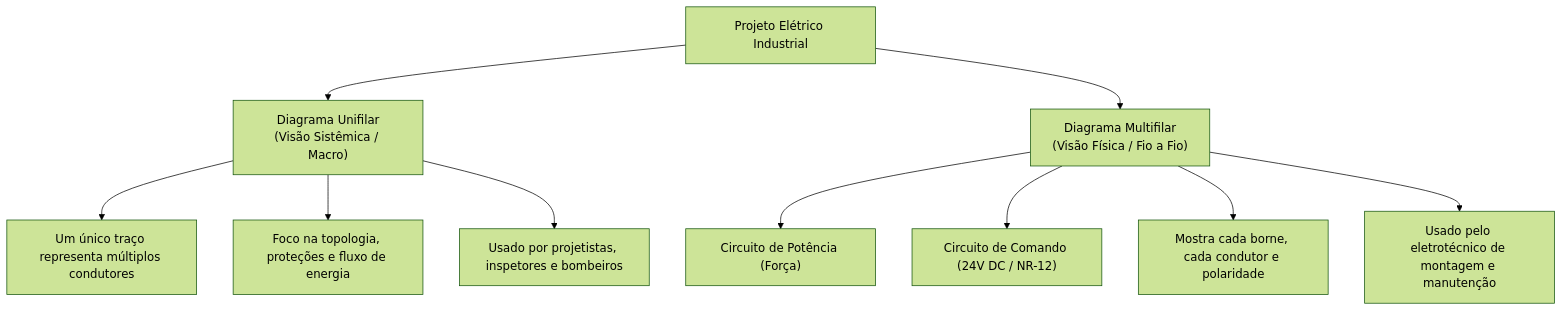
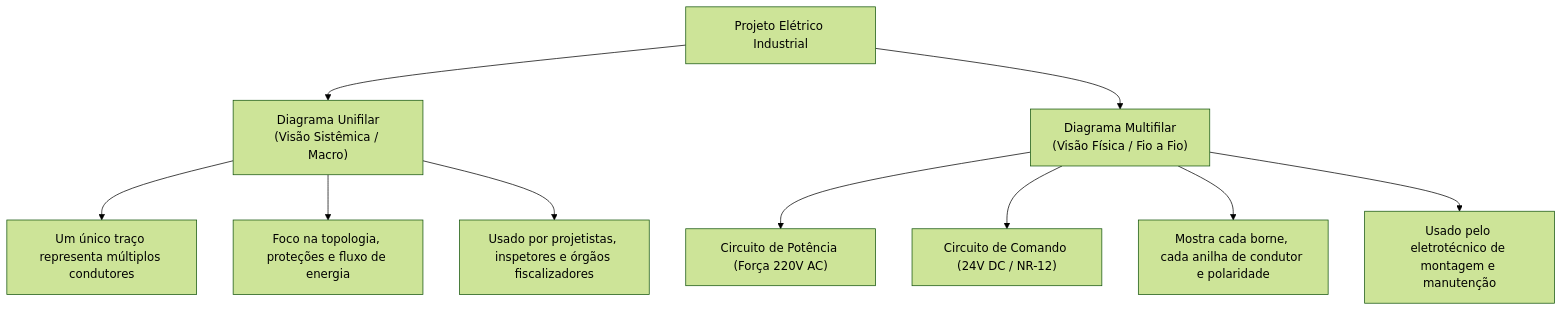
The first of 5 diagrams in docs/iot/DIAGRAMAS_ELETRICOS_UNIFILAR_MULTIFILAR.md (Andre-Macedo/amemiya), drawn with Mermaid (forest theme) before and after one commit. The commit also changed other lines of this file and 7 other files, not shown here.

````diff
--- a/docs/iot/DIAGRAMAS_ELETRICOS_UNIFILAR_MULTIFILAR.md
+++ b/docs/iot/DIAGRAMAS_ELETRICOS_UNIFILAR_MULTIFILAR.md
@@ -12,14 +12,14 @@
 ```mermaid
 flowchart TD
     A["Projeto Elétrico Industrial"] --> B["Diagrama Unifilar<br/>(Visão Sistêmica / Macro)"]
     A --> C["Diagrama Multifilar<br/>(Visão Física / Fio a Fio)"]
     
     B --> B1["Um único traço representa múltiplos condutores"]
     B --> B2["Foco na topologia, proteções e fluxo de energia"]
-    B --> B3["Usado por projetistas, inspetores e bombeiros"]
+    B --> B3["Usado por projetistas, inspetores e órgãos fiscalizadores"]
     
-    C --> C1["Circuito de Potência (Força)"]
+    C --> C1["Circuito de Potência (Força 220V AC)"]
     C --> C2["Circuito de Comando (24V DC / NR-12)"]
-    C --> C3["Mostra cada borne, cada condutor e polaridade"]
+    C --> C3["Mostra cada borne, cada anilha de condutor e polaridade"]
     C --> C4["Usado pelo eletrotécnico de montagem e manutenção"]
 ```
````
